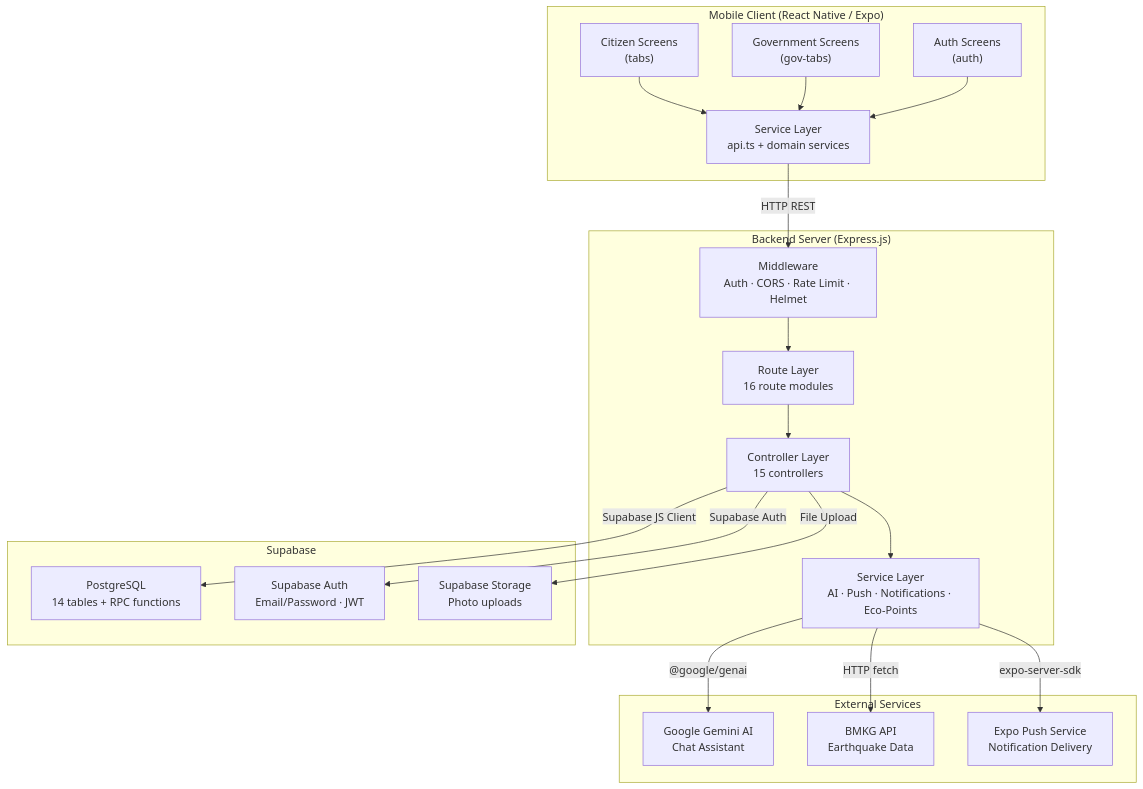
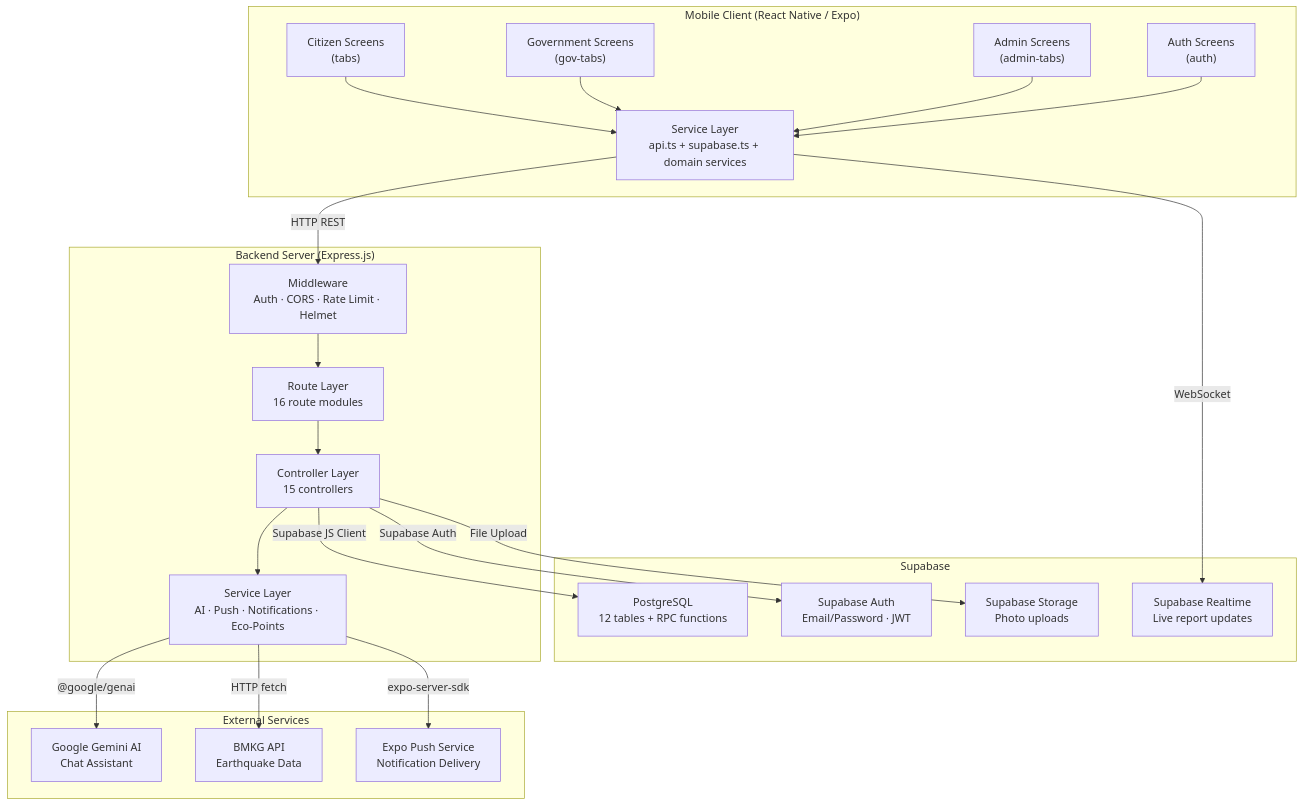
Before and after one commit to StackHorizon-ProxoCoris/frontend-mobileapp: the first of 3 diagrams in docs/ARCHITECTURE.md, drawn with Mermaid. The commit also changed other lines of this file and 4 other files, not shown here.

````diff
--- a/docs/ARCHITECTURE.md
+++ b/docs/ARCHITECTURE.md
@@ -9,45 +9,49 @@
 ```mermaid
 graph TB
     subgraph Client["Mobile Client (React Native / Expo)"]
         FE_Tabs["Citizen Screens<br/>(tabs)"]
         FE_Gov["Government Screens<br/>(gov-tabs)"]
+        FE_Admin["Admin Screens<br/>(admin-tabs)"]
         FE_Auth["Auth Screens<br/>(auth)"]
-        FE_Services["Service Layer<br/>api.ts + domain services"]
+        FE_Services["Service Layer<br/>api.ts + supabase.ts + domain services"]
     end
 
     subgraph Backend["Backend Server (Express.js)"]
         MW["Middleware<br/>Auth · CORS · Rate Limit · Helmet"]
         Routes["Route Layer<br/>16 route modules"]
         Controllers["Controller Layer<br/>15 controllers"]
         Services["Service Layer<br/>AI · Push · Notifications · Eco-Points"]
     end
 
     subgraph Database["Supabase"]
-        PG["PostgreSQL<br/>14 tables + RPC functions"]
+        PG["PostgreSQL<br/>12 tables + RPC functions"]
         Auth_SB["Supabase Auth<br/>Email/Password · JWT"]
         Storage["Supabase Storage<br/>Photo uploads"]
+        Realtime["Supabase Realtime<br/>Live report updates"]
     end
 
     subgraph External["External Services"]
         Gemini["Google Gemini AI<br/>Chat Assistant"]
         BMKG["BMKG API<br/>Earthquake Data"]
         ExpoPush["Expo Push Service<br/>Notification Delivery"]
     end
 
     FE_Tabs --> FE_Services
     FE_Gov --> FE_Services
+    FE_Admin --> FE_Services
     FE_Auth --> FE_Services
     FE_Services -->|"HTTP REST"| MW
+    FE_Services -->|"WebSocket"| Realtime
 
     MW --> Routes
     Routes --> Controllers
     Controllers --> Services
 
     Controllers -->|"Supabase JS Client"| PG
     Controllers -->|"Supabase Auth"| Auth_SB
     Controllers -->|"File Upload"| Storage
 
     Services -->|"@google/genai"| Gemini
     Services -->|"HTTP fetch"| BMKG
     Services -->|"expo-server-sdk"| ExpoPush
 ```
````
